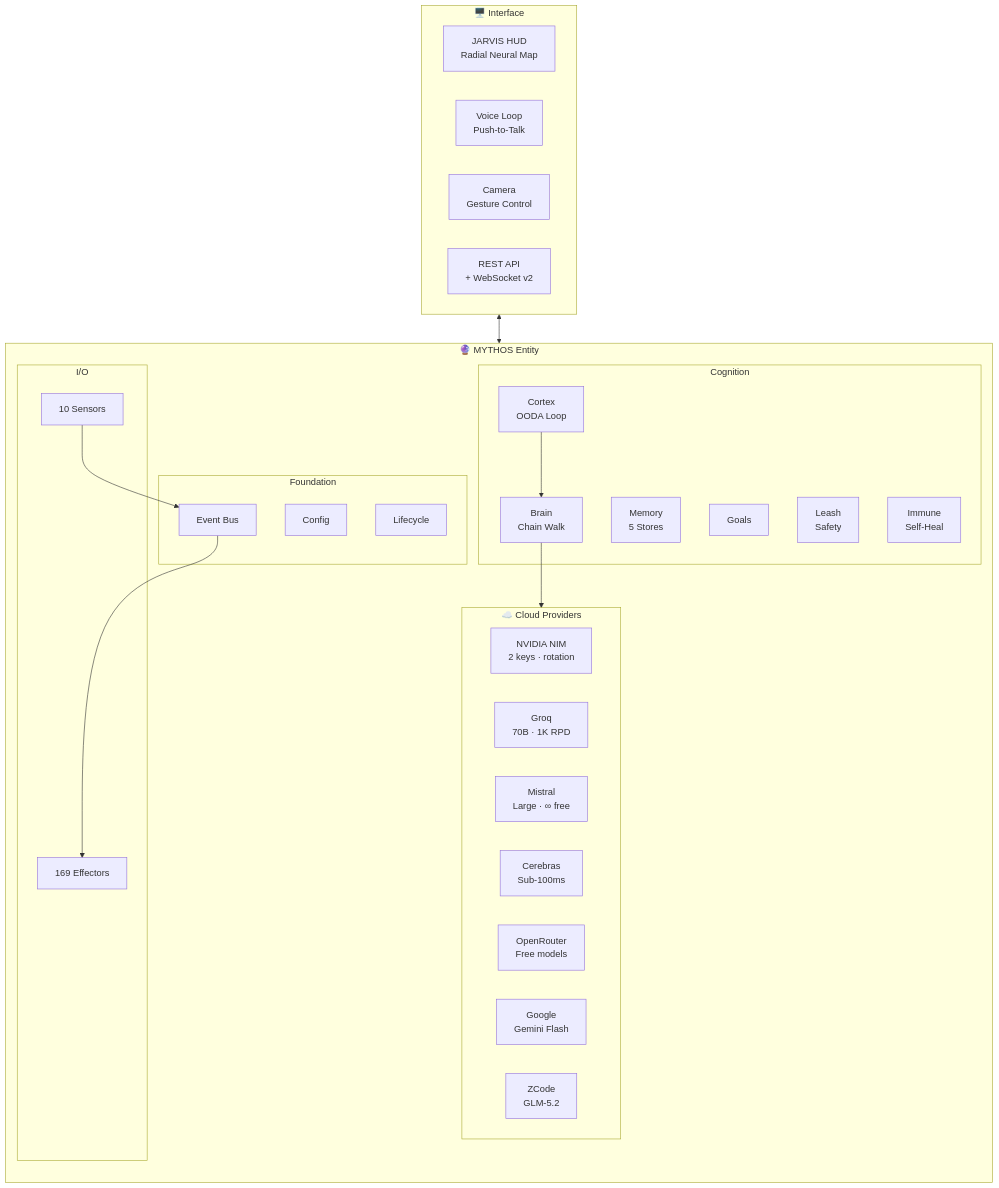
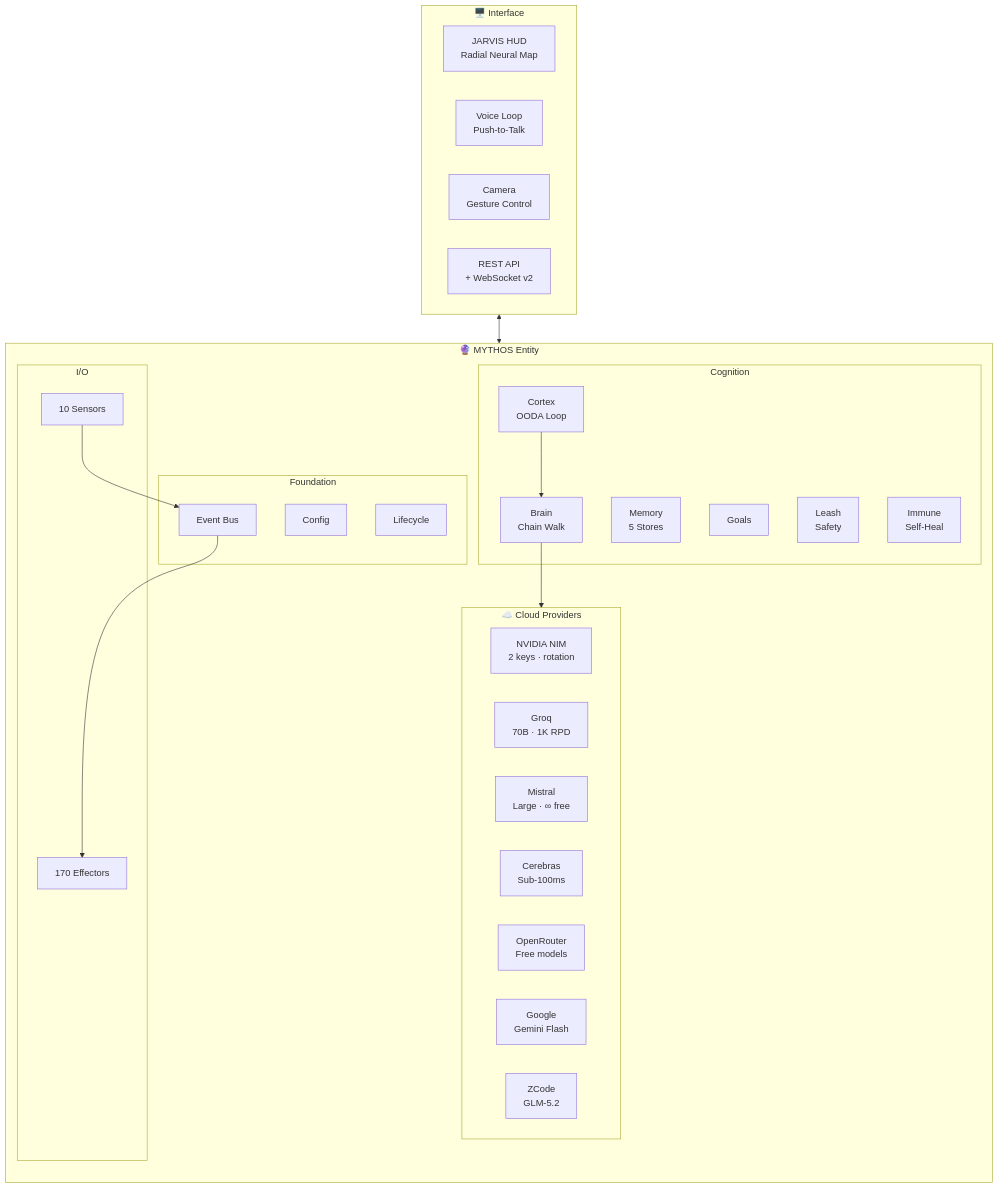
The first of 11 diagrams in README.md (HailLucifer666/Agent_OS), drawn with Mermaid before and after one commit. The commit also changed other lines of this file and 11 other files, not shown here.

````diff
--- a/README.md
+++ b/README.md
@@ -48,45 +48,45 @@
 ```mermaid
 flowchart TB
     subgraph Cloud["☁️ Cloud Providers"]
         direction LR
         NIM["NVIDIA NIM<br/>2 keys · rotation"]
         GQ["Groq<br/>70B · 1K RPD"]
         MI["Mistral<br/>Large · ∞ free"]
         CE["Cerebras<br/>Sub-100ms"]
         OR["OpenRouter<br/>Free models"]
         GOOG["Google<br/>Gemini Flash"]
         ZC["ZCode<br/>GLM-5.2"]
     end
 
     subgraph MYTHOS["🔮 MYTHOS Entity"]
         direction TB
         subgraph Foundation["Foundation"]
             CFG["Config"]
             BUS["Event Bus"]
             LIFE["Lifecycle"]
         end
         subgraph Cognition["Cognition"]
             CORT["Cortex<br/>OODA Loop"]
             BRN["Brain<br/>Chain Walk"]
             MEM["Memory<br/>5 Stores"]
             GOAL["Goals"]
             LEASH["Leash<br/>Safety"]
             IMM["Immune<br/>Self-Heal"]
         end
         subgraph IOLayer["I/O"]
             SENS["10 Sensors"]
-            EFF["169 Effectors"]
+            EFF["170 Effectors"]
         end
         CORT --> BRN --> Cloud
         SENS --> BUS --> EFF
     end
 
     subgraph Interface["🖥️ Interface"]
         HUD["JARVIS HUD<br/>Radial Neural Map"]
         VOICE["Voice Loop<br/>Push-to-Talk"]
         CAM["Camera<br/>Gesture Control"]
         API["REST API<br/>+ WebSocket v2"]
     end
 
     Interface <--> MYTHOS
 ```
````
